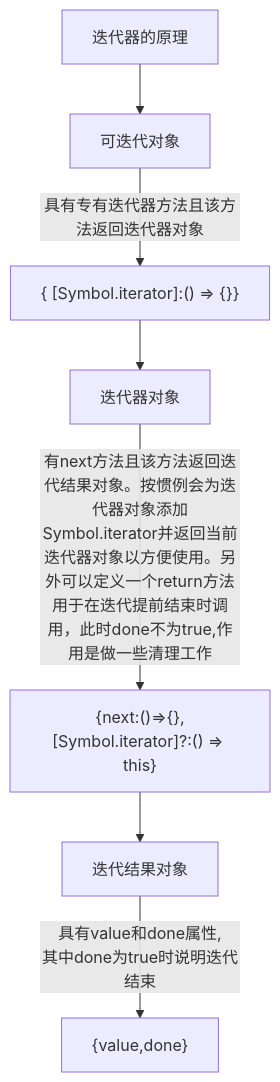
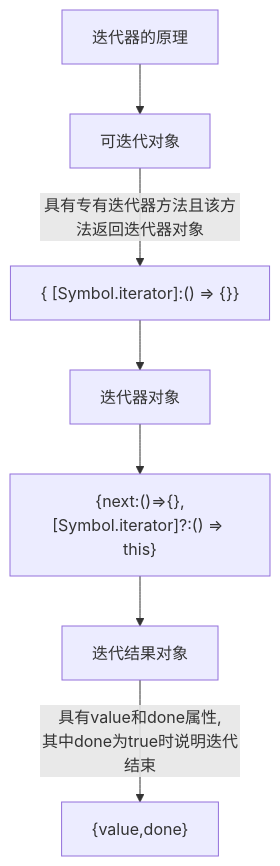
One commit to dxyqqs/javascript-the_definitive_guide changed the diagram in 12/12-1/README.md. Above: the diagram before and after it, drawn with Mermaid.

Commit message:
fixed the mermaid issue

````diff
--- a/12/12-1/README.md
+++ b/12/12-1/README.md
@@ -3,10 +3,10 @@
 ```mermaid
     graph TD
         A[迭代器的原理] --> 
         B["可迭代对象"] --> 
         |具有专有迭代器方法且该方法返回迭代器对象|C["{ [Symbol.iterator]:() => {}}"] -->
         D["迭代器对象"] -->
-        |有next方法且该方法返回迭代结果对象。按惯例会为迭代器对象添加Symbol.iterator并返回当前迭代器对象以方便使用。另外可以定义一个return方法用于在迭代提前结束时调用，此时done不为true,作用是做一些清理工作|E["{next:()=>{},[Symbol.iterator]?:() => this}"] -->
+        E["{next:()=>{},[Symbol.iterator]?:() => this}"] -->
         F["迭代结果对象"] --> 
         |具有value和done属性,\n其中done为true时说明迭代结束|G["{value,done}"];
 ```
````
